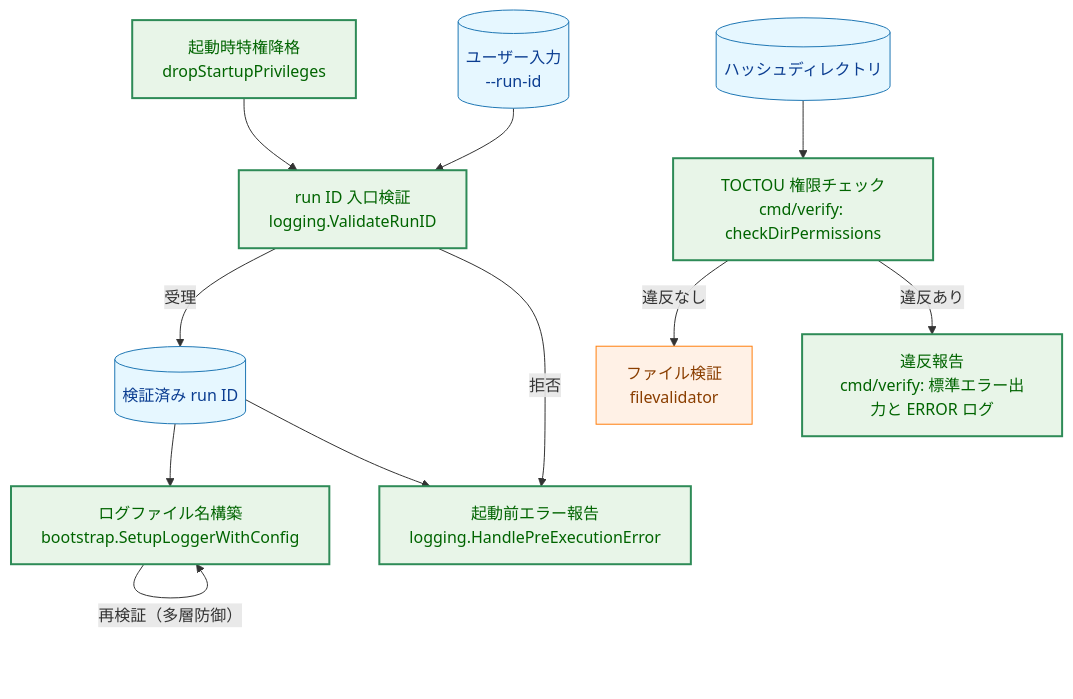
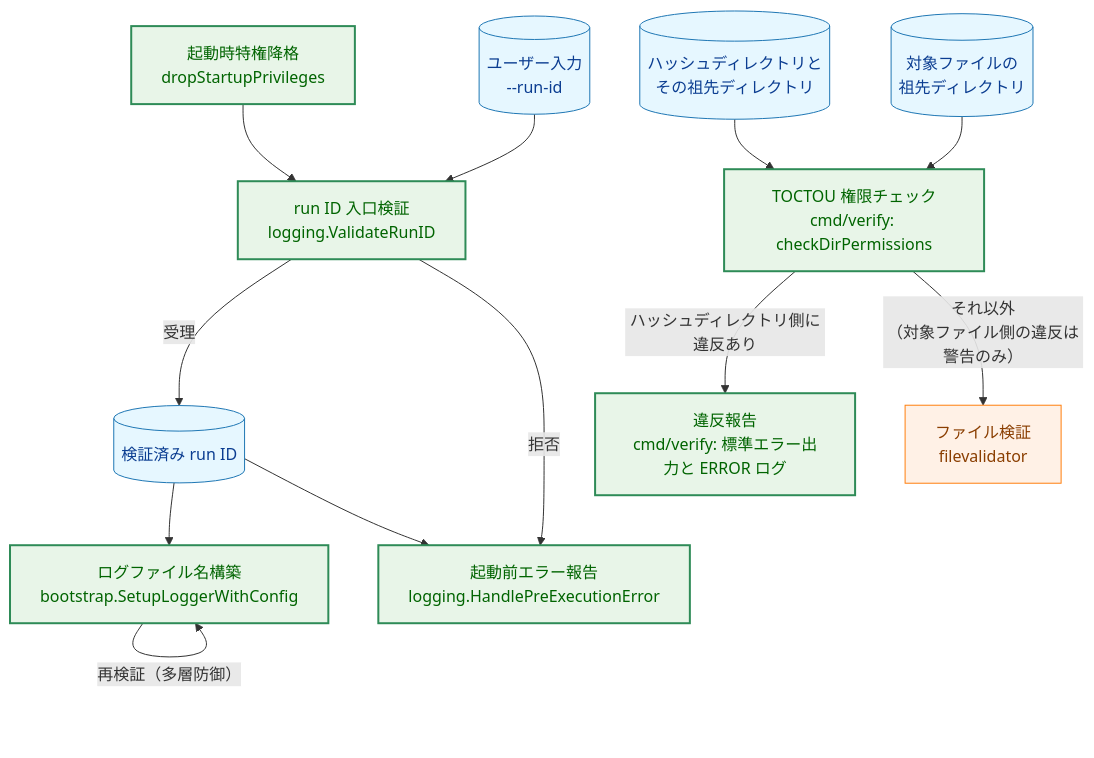
One commit to isseis/go-safe-cmd-runner changed the first of 13 diagrams in docs/tasks/0162_entrypoint_runid_privilege_toctou_hardening/02_architecture.md. Above: the diagram before and after it, drawn with Mermaid. The commit also changed other lines of this file and 1 other file, not shown here.

````diff
--- a/docs/tasks/0162_entrypoint_runid_privilege_toctou_hardening/02_architecture.md
+++ b/docs/tasks/0162_entrypoint_runid_privilege_toctou_hardening/02_architecture.md
@@ -44,32 +44,34 @@
 ```mermaid
 flowchart TD
     classDef data fill:#e6f7ff,stroke:#1f77b4,stroke-width:1px,color:#0b3d91;
     classDef process fill:#fff1e6,stroke:#ff7f0e,stroke-width:1px,color:#8a3e00;
     classDef enhanced fill:#e8f5e8,stroke:#2e8b57,stroke-width:2px,color:#006400;
 
     USER[("ユーザー入力<br>--run-id")]
     GATE["run ID 入口検証<br>logging.ValidateRunID"]
     BOOT["起動時特権降格<br>dropStartupPrivileges"]
     TRUSTED[("検証済み run ID")]
     LOGNAME["ログファイル名構築<br>bootstrap.SetupLoggerWithConfig"]
     SUMMARY["起動前エラー報告<br>logging.HandlePreExecutionError"]
-    HASHDIR[("ハッシュディレクトリ")]
+    HASHDIR[("ハッシュディレクトリと<br>その祖先ディレクトリ")]
+    TARGETDIR[("対象ファイルの<br>祖先ディレクトリ")]
     VGATE["TOCTOU 権限チェック<br>cmd/verify: checkDirPermissions"]
     VREPORT["違反報告<br>cmd/verify: 標準エラー出力と ERROR ログ"]
     VERIFY["ファイル検証<br>filevalidator"]
 
     BOOT --> GATE
     USER --> GATE
     GATE -->|"受理"| TRUSTED
     GATE -->|"拒否"| SUMMARY
     TRUSTED --> LOGNAME
     TRUSTED --> SUMMARY
     LOGNAME -->|"再検証（多層防御）"| LOGNAME
     HASHDIR --> VGATE
-    VGATE -->|"違反なし"| VERIFY
-    VGATE -->|"違反あり"| VREPORT
+    TARGETDIR --> VGATE
+    VGATE -->|"ハッシュディレクトリ側に違反あり"| VREPORT
+    VGATE -->|"それ以外<br>（対象ファイル側の違反は警告のみ）"| VERIFY
 
-    class USER,TRUSTED,HASHDIR data
+    class USER,TRUSTED,HASHDIR,TARGETDIR data
     class VERIFY process
     class BOOT,GATE,LOGNAME,SUMMARY,VGATE,VREPORT enhanced
 ```
````
